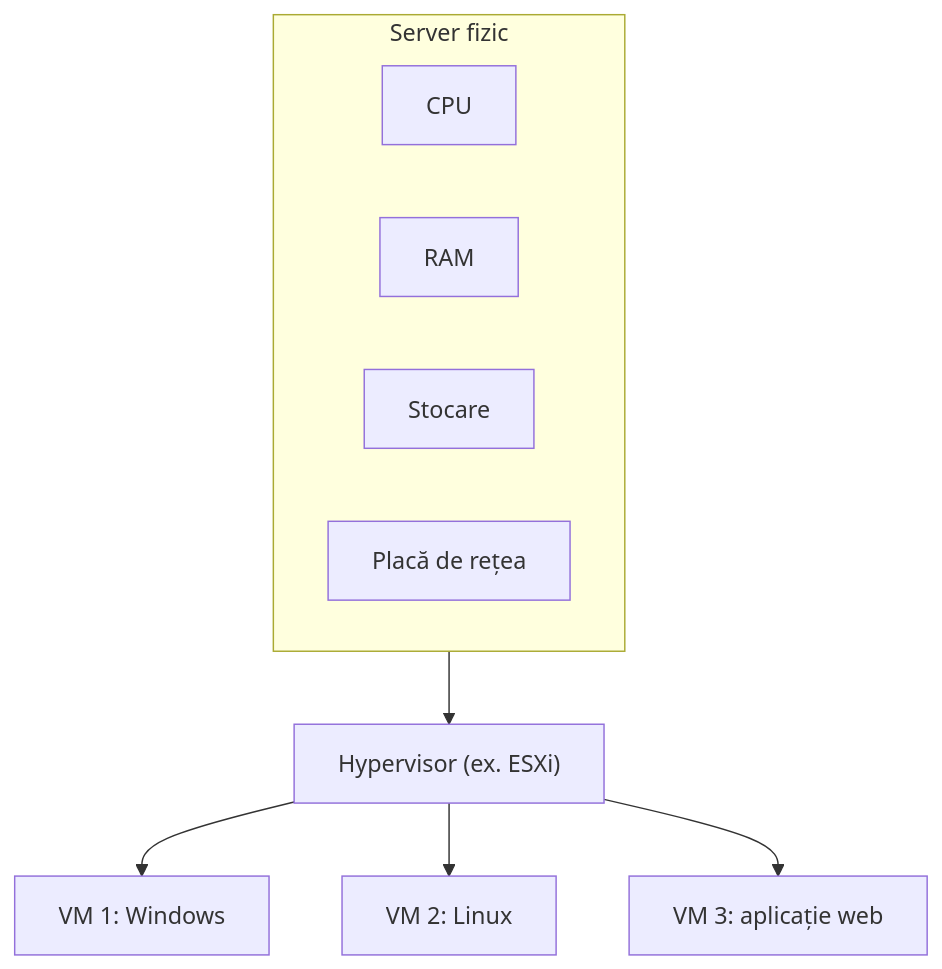
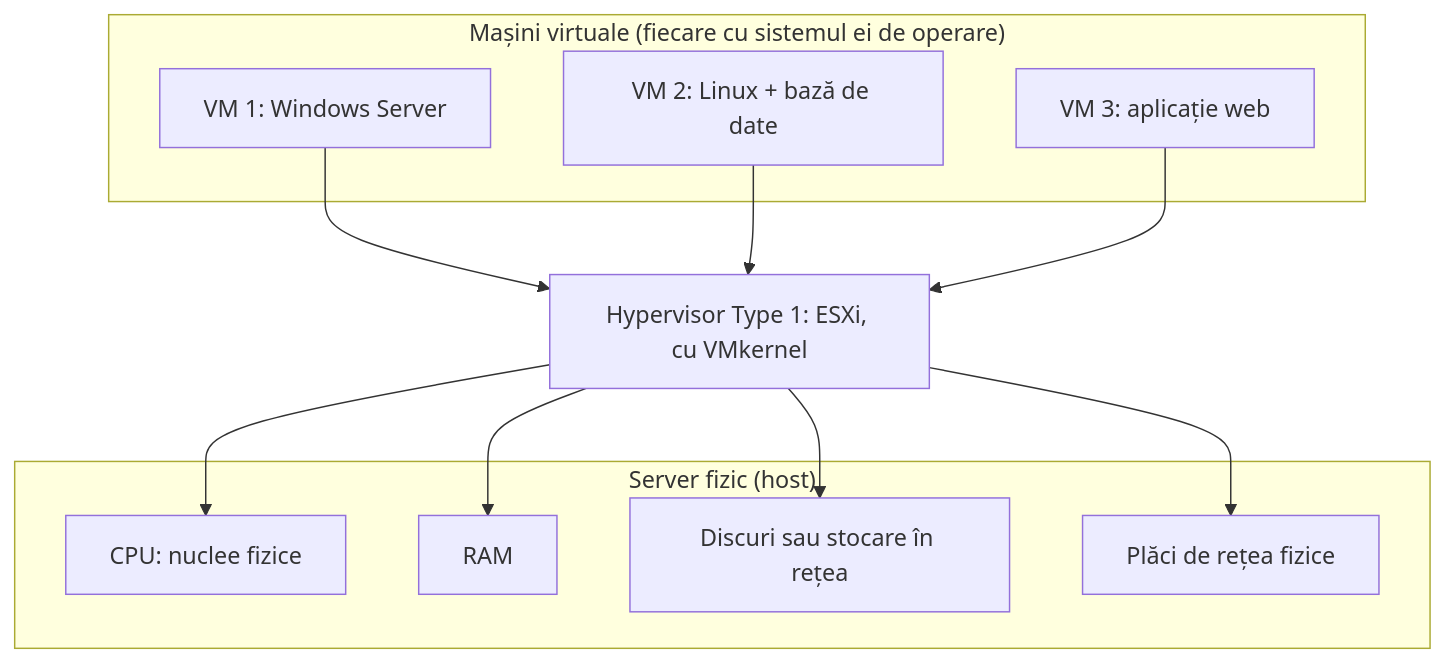
The first of 3 diagrams in content/01-fundamente/01-ce-este-virtualizarea.ro.md (alex-andu/vmware-learning-ro), drawn with Mermaid before and after one commit. The commit also changed other lines of this file and 4 other files, not shown here.

First line of the commit message:
content: capitolul-pilot 1.1 rescris (19 surse, 4 diagrame, lab si quiz noi)

````diff
--- a/content/01-fundamente/01-ce-este-virtualizarea.ro.md
+++ b/content/01-fundamente/01-ce-este-virtualizarea.ro.md
@@ -27,17 +39,22 @@
 ```mermaid
 flowchart TB
-  subgraph HW["Server fizic"]
-    CPU["CPU"]
+  subgraph VMS["Mașini virtuale (fiecare cu sistemul ei de operare)"]
+    VM1["VM 1: Windows Server"]
+    VM2["VM 2: Linux + bază de date"]
+    VM3["VM 3: aplicație web"]
+  end
+  HV["Hypervisor Type 1: ESXi, cu VMkernel"]
+  subgraph HW["Server fizic (host)"]
+    CPU["CPU: nuclee fizice"]
     RAM["RAM"]
-    DISK["Stocare"]
-    NIC["Placă de rețea"]
+    DISK["Discuri sau stocare în rețea"]
+    NIC["Plăci de rețea fizice"]
   end
-  HV["Hypervisor (ex. ESXi)"]
-  VM1["VM 1: Windows"]
-  VM2["VM 2: Linux"]
-  VM3["VM 3: aplicație web"]
-  HW --> HV
-  HV --> VM1
-  HV --> VM2
-  HV --> VM3
+  VM1 --> HV
+  VM2 --> HV
+  VM3 --> HV
+  HV --> CPU
+  HV --> RAM
+  HV --> DISK
+  HV --> NIC
 ```
````
